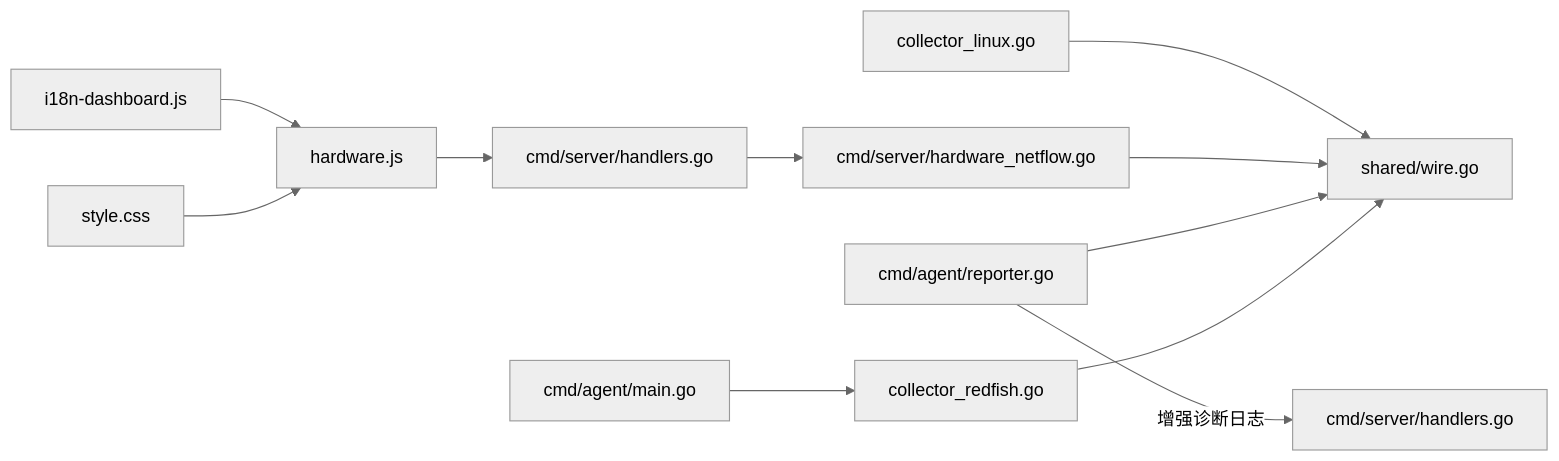
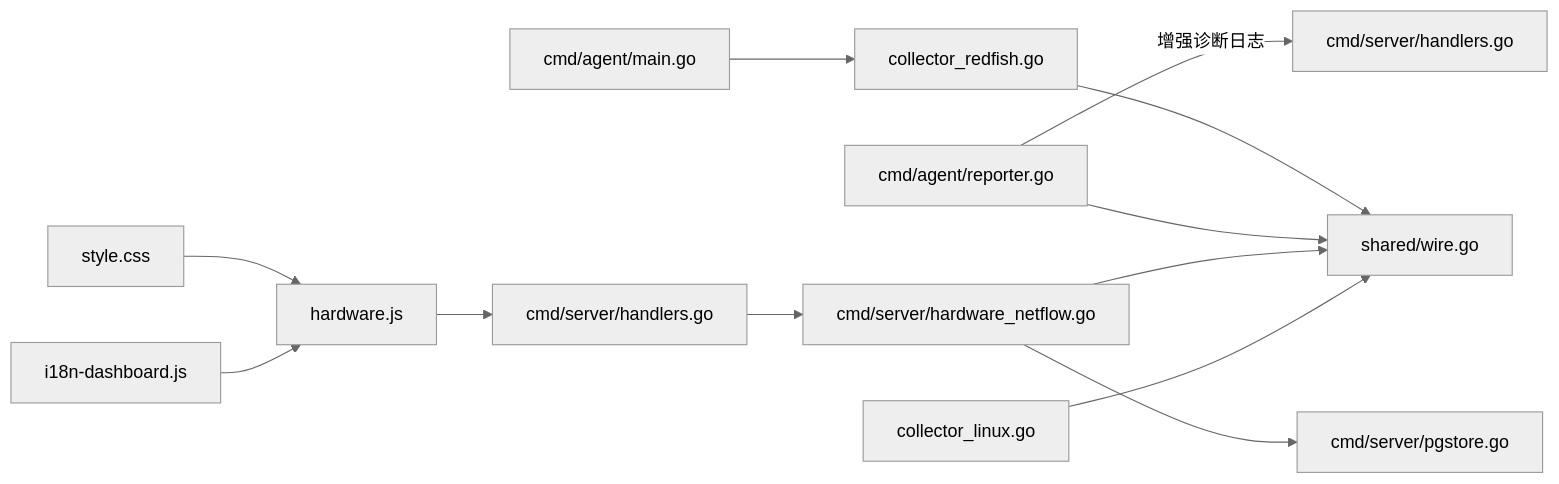
The sixth of 6 diagrams in .qoder/repowiki/zh/content/架构设计/Agent 客户端架构/Redfish硬件采集器.md (sreyun/aiops-monitor), drawn with Mermaid (neutral theme) before and after one commit. The commit also changed other lines of this file and 38 other files, not shown here.

````diff
--- a/.qoder/repowiki/zh/content/架构设计/Agent 客户端架构/Redfish硬件采集器.md
+++ b/.qoder/repowiki/zh/content/架构设计/Agent 客户端架构/Redfish硬件采集器.md
@@ -638,13 +837,14 @@
 ```mermaid
 graph LR
 CR["collector_redfish.go"] --> SW["shared/wire.go"]
 AM["cmd/agent/main.go"] --> CR
 REP["cmd/agent/reporter.go"] --> SW
 REP --> |"增强诊断日志"| SV["cmd/server/handlers.go"]
 HG["cmd/server/handlers.go"] --> HN["cmd/server/hardware_netflow.go"]
 HN --> SW
+HN --> PS["cmd/server/pgstore.go"]
 LNX["collector_linux.go"] --> SW
 HWJS["hardware.js"] --> HG
 STYLE["style.css"] --> HWJS
 I18N["i18n-dashboard.js"] --> HWJS
 ```
````
